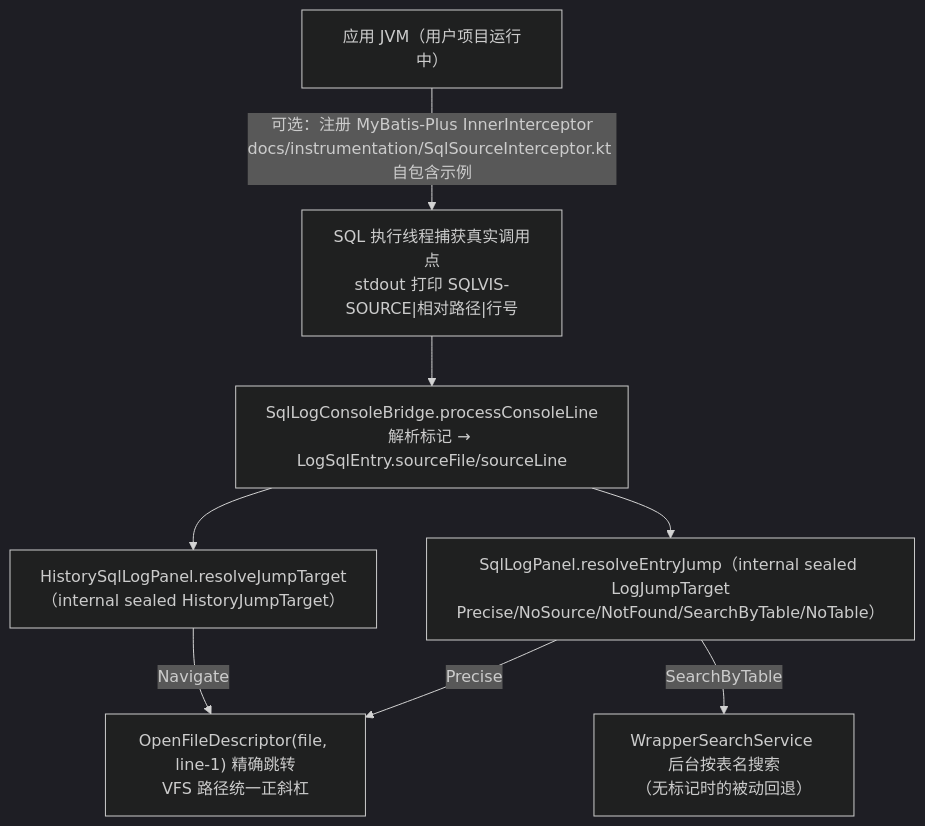
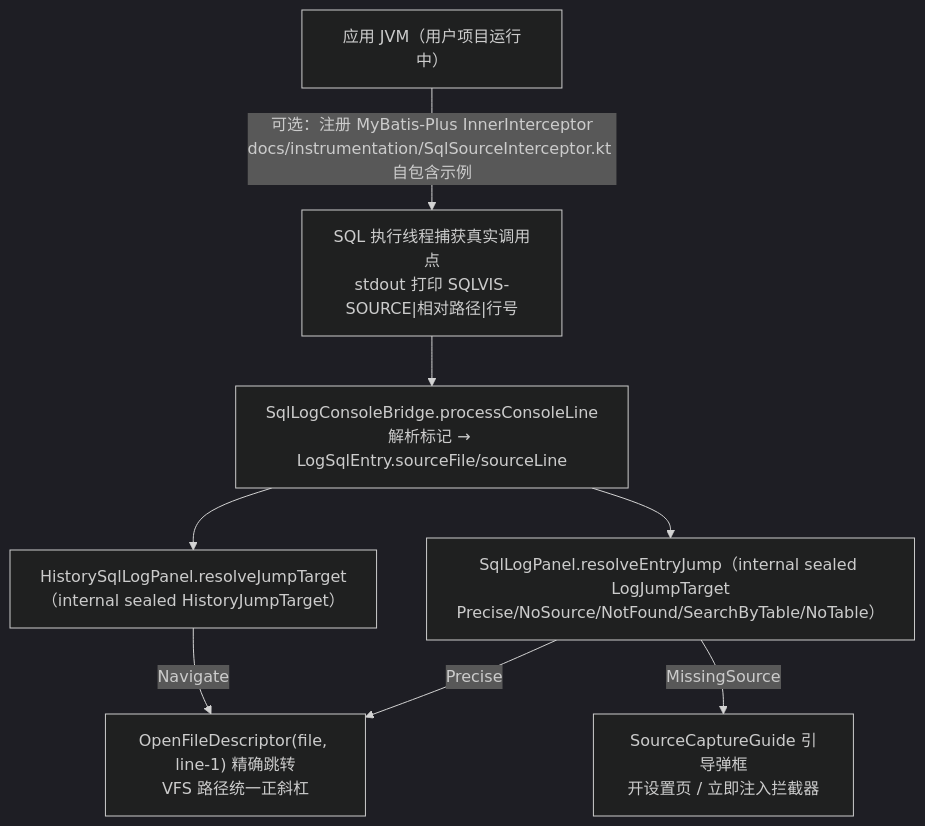
One commit to JayF211/mybatis-plus-sql-visualizer changed diagram 11 of 14 in docs/架构设计/02-核心流程详解.md. Above: the diagram before and after it, drawn with Mermaid (dark theme). The commit also changed other lines of this file and 3 other files, not shown here.

````diff
--- a/docs/架构设计/02-核心流程详解.md
+++ b/docs/架构设计/02-核心流程详解.md
@@ -421,10 +446,10 @@
 ```mermaid
 flowchart TD
     APP["应用 JVM（用户项目运行中）"] -->|"可选：注册 MyBatis-Plus InnerInterceptor<br/>docs/instrumentation/SqlSourceInterceptor.kt 自包含示例"| MARK["SQL 执行线程捕获真实调用点<br/>stdout 打印 SQLVIS-SOURCE|相对路径|行号"]
     MARK --> BRIDGE["SqlLogConsoleBridge.processConsoleLine<br/>解析标记 → LogSqlEntry.sourceFile/sourceLine"]
     BRIDGE --> P1["SqlLogPanel.resolveEntryJump（internal sealed LogJumpTarget<br/>Precise/NoSource/NotFound/SearchByTable/NoTable）"]
     BRIDGE --> H1["HistorySqlLogPanel.resolveJumpTarget（internal sealed HistoryJumpTarget）"]
     P1 -->|"Precise"| J["OpenFileDescriptor(file, line-1) 精确跳转<br/>VFS 路径统一正斜杠"]
     H1 -->|"Navigate"| J
-    P1 -->|"SearchByTable"| WS["WrapperSearchService 后台按表名搜索<br/>（无标记时的被动回退）"]
+    P1 -->|"MissingSource"| G["SourceCaptureGuide 引导弹框<br/>开设置页 / 立即注入拦截器"]
 ```
````
